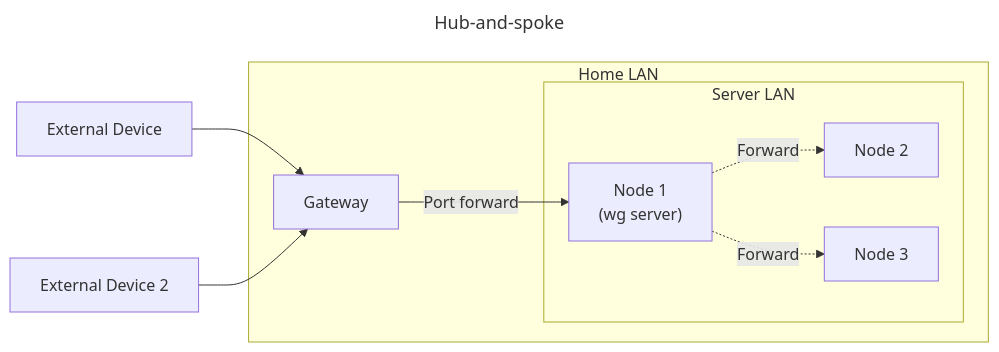
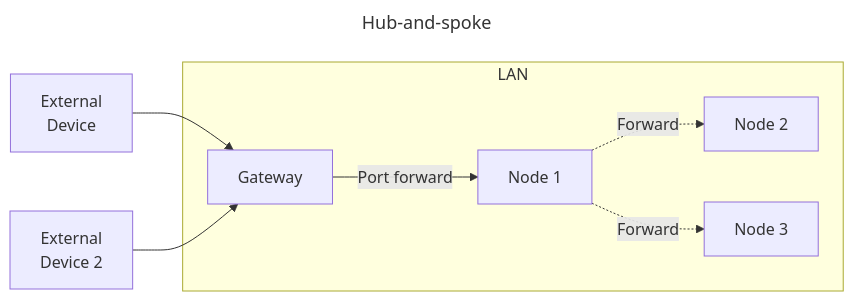
One commit to j-krl/blog changed the second of 5 diagrams in _posts/2026-05-08-hub-and-spoke-architecture.md. Above: the diagram before and after it, drawn with Mermaid. The commit also changed other lines of this file and 1 other file, not shown here.

Commit message:
fixed a lot of diagrams

```diff
--- a/_posts/2026-05-08-hub-and-spoke-architecture.md
+++ b/_posts/2026-05-08-hub-and-spoke-architecture.md
@@ -41,23 +39,19 @@
 <pre class="mermaid" style="text-align: center;">
 ---
 title: Hub-and-spoke
 ---
 flowchart LR
-    ED[External Device] --> Gateway
-    ED2[External Device 2] --> Gateway
-    Gateway -->|Port forward| n1["Node 1
-    (wg server)"]
+    ED["External
+    Device"] --> Gateway
+    ED2["External
+    Device 2"] --> Gateway
+    Gateway -->|Port forward| n1["Node 1"]
     n1 -. Forward .-> n2[Node 2]
     n1 -. Forward .-> n3[Node 3]
-    subgraph Home LAN
+    subgraph LAN
         Gateway
         n1
         n2
         n3
-        subgraph Server LAN
-            n1
-            n2
-            n3
-        end
     end
 </pre>
```
